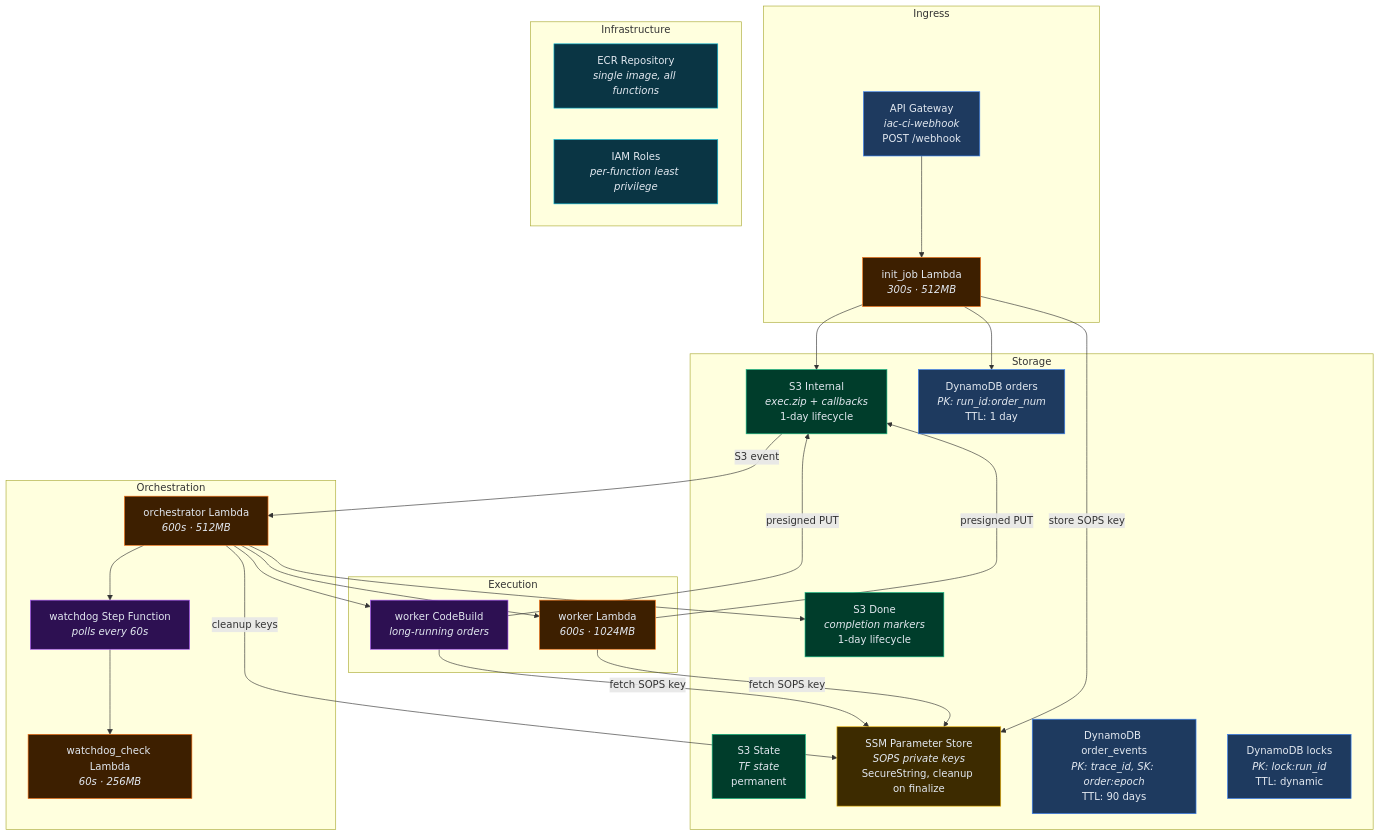
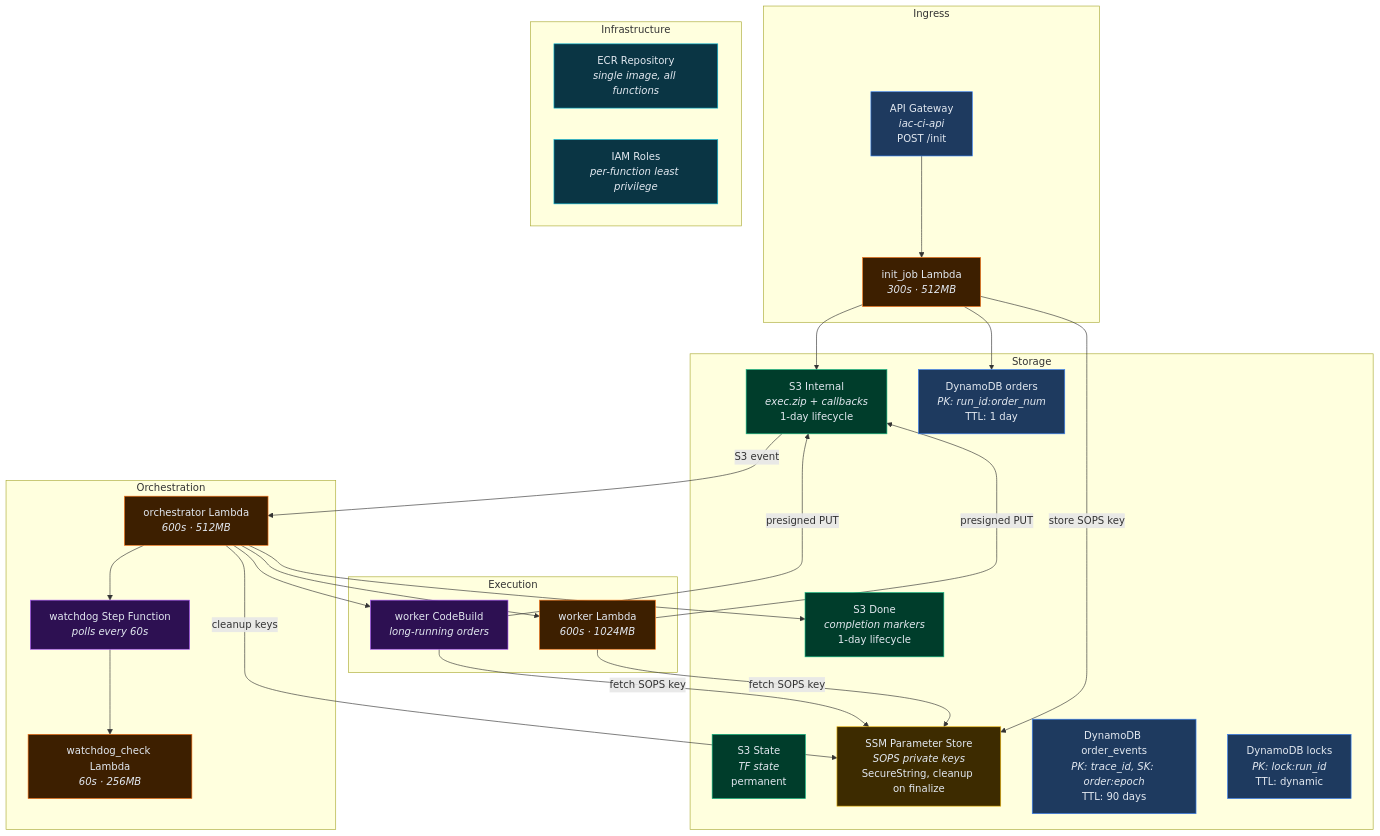
One commit to gear2000/aws-execution-engine changed the fourth of 5 diagrams in docs/ARCHITECTURE_DIAGRAM.md. Above: the diagram before and after it, drawn with Mermaid. The commit also changed other lines of this file and 17 other files, not shown here.

````diff
--- a/docs/ARCHITECTURE_DIAGRAM.md
+++ b/docs/ARCHITECTURE_DIAGRAM.md
@@ -115,66 +115,66 @@
 ```mermaid
 graph TB
     subgraph Ingress
-        APIGW["API Gateway<br><i>iac-ci-webhook</i><br>POST /webhook"]
+        APIGW["API Gateway<br><i>iac-ci-api</i><br>POST /init"]
         InitJob["init_job Lambda<br><i>300s · 512MB</i>"]
     end
 
     subgraph Storage
         S3Int["S3 Internal<br><i>exec.zip + callbacks</i><br>1-day lifecycle"]
         S3Done["S3 Done<br><i>completion markers</i><br>1-day lifecycle"]
         S3State["S3 State<br><i>TF state</i><br>permanent"]
         SSM["SSM Parameter Store<br><i>SOPS private keys</i><br>SecureString, cleanup on finalize"]
         Orders["DynamoDB orders<br><i>PK: run_id:order_num</i><br>TTL: 1 day"]
         Events["DynamoDB order_events<br><i>PK: trace_id, SK: order:epoch</i><br>TTL: 90 days"]
         Locks["DynamoDB locks<br><i>PK: lock:run_id</i><br>TTL: dynamic"]
     end
 
     subgraph Orchestration
         Orch["orchestrator Lambda<br><i>600s · 512MB</i>"]
         Watchdog["watchdog Step Function<br><i>polls every 60s</i>"]
         WDCheck["watchdog_check Lambda<br><i>60s · 256MB</i>"]
     end
 
     subgraph Execution
         WorkerL["worker Lambda<br><i>600s · 1024MB</i>"]
         WorkerCB["worker CodeBuild<br><i>long-running orders</i>"]
     end
 
     subgraph Infrastructure
         ECR["ECR Repository<br><i>single image, all functions</i>"]
         IAM["IAM Roles<br><i>per-function least privilege</i>"]
     end
 
     APIGW --> InitJob
     InitJob --> S3Int
     InitJob --> Orders
     InitJob -- "store SOPS key" --> SSM
     S3Int -- "S3 event" --> Orch
     Orch --> WorkerL
     Orch --> WorkerCB
     Orch --> Watchdog
     Watchdog --> WDCheck
     WorkerL -- "fetch SOPS key" --> SSM
     WorkerCB -- "fetch SOPS key" --> SSM
     WorkerL -- "presigned PUT" --> S3Int
     WorkerCB -- "presigned PUT" --> S3Int
     Orch -- "cleanup keys" --> SSM
     Orch --> S3Done
 
     style APIGW fill:#1e3a5f,stroke:#3b82f6,color:#e2e8f0
     style InitJob fill:#3d1f00,stroke:#f97316,color:#e2e8f0
     style Orch fill:#3d1f00,stroke:#f97316,color:#e2e8f0
     style WDCheck fill:#3d1f00,stroke:#f97316,color:#e2e8f0
     style WorkerL fill:#3d1f00,stroke:#f97316,color:#e2e8f0
     style WorkerCB fill:#2d1052,stroke:#a855f7,color:#e2e8f0
     style Watchdog fill:#2d1052,stroke:#a855f7,color:#e2e8f0
     style S3Int fill:#003d2b,stroke:#10b981,color:#e2e8f0
     style S3Done fill:#003d2b,stroke:#10b981,color:#e2e8f0
     style S3State fill:#003d2b,stroke:#10b981,color:#e2e8f0
     style Orders fill:#1e3a5f,stroke:#3b82f6,color:#e2e8f0
     style Events fill:#1e3a5f,stroke:#3b82f6,color:#e2e8f0
     style Locks fill:#1e3a5f,stroke:#3b82f6,color:#e2e8f0
     style SSM fill:#3d2b00,stroke:#eab308,color:#e2e8f0
     style ECR fill:#0a3544,stroke:#06b6d4,color:#e2e8f0
     style IAM fill:#0a3544,stroke:#06b6d4,color:#e2e8f0
 ```
````
